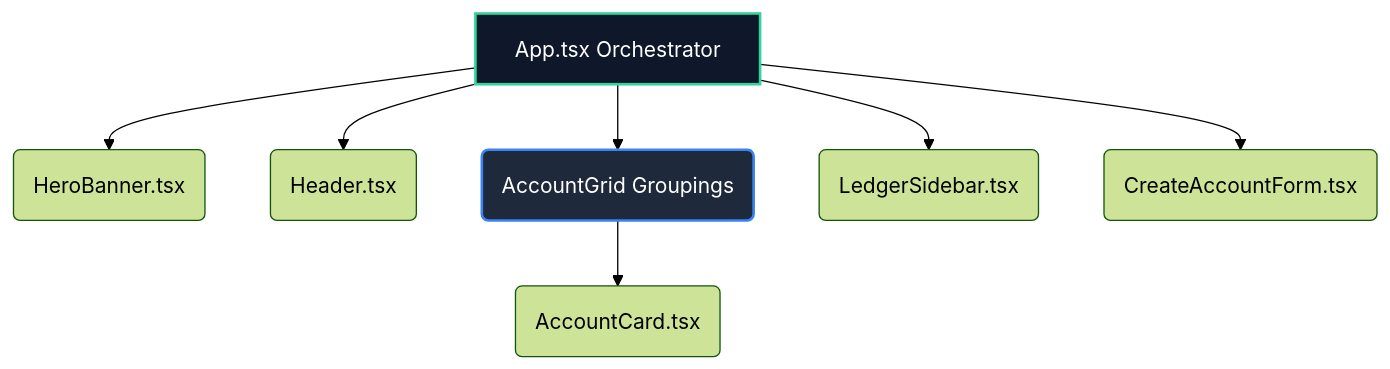
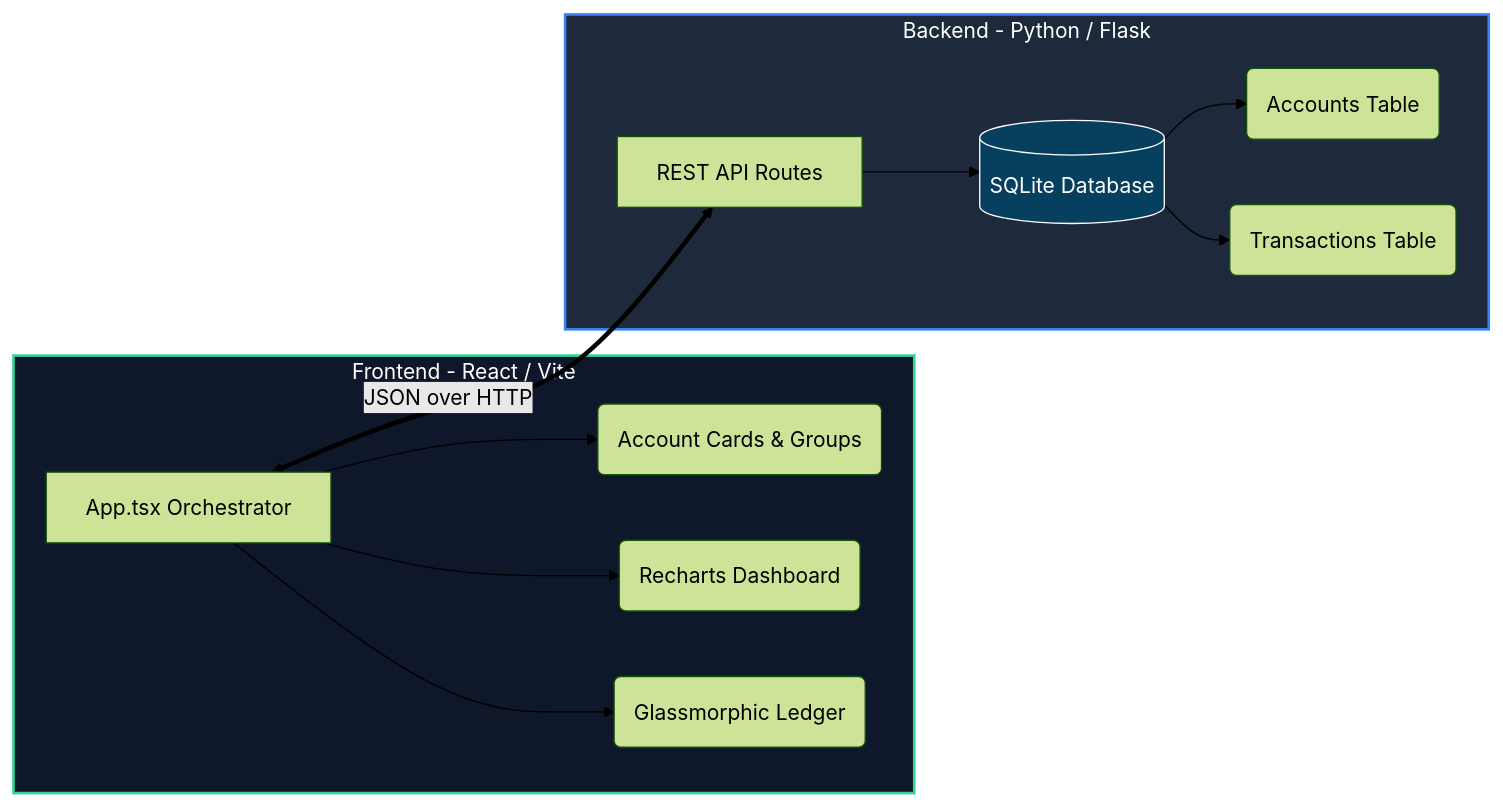
One commit to lakshgupta8/finance-tracker changed the diagram in README.md. Above: the diagram before and after it, drawn with Mermaid (forest theme). The commit also changed other lines of this file and 1 other file, not shown here.

````diff
--- a/README.md
+++ b/README.md
@@ -54,12 +40,20 @@
 ```mermaid
-graph TD
-    A[App.tsx Orchestrator] --> B(HeroBanner.tsx)
-    A --> C(Header.tsx)
-    A --> D(AccountGrid Groupings)
-    D --> E(AccountCard.tsx)
-    A --> F(LedgerSidebar.tsx)
-    A --> G(CreateAccountForm.tsx)
+graph LR
+    subgraph Client [Frontend - React / Vite]
+        A[App.tsx Orchestrator] --> B(Account Cards & Groups)
+        A --> C(Recharts Dashboard)
+        A --> D(Glassmorphic Ledger)
+    end
 
-    style A fill:#0f172a,stroke:#34d399,stroke-width:2px,color:#fff
-    style D fill:#1e293b,stroke:#3b82f6,stroke-width:2px,color:#fff
+    subgraph Server [Backend - Python / Flask]
+        E[REST API Routes] --> F[(SQLite Database)]
+        F --> G(Accounts Table)
+        F --> H(Transactions Table)
+    end
+
+    A <== JSON over HTTP ==> E
+
+    style Client fill:#0f172a,stroke:#34d399,stroke-width:2px,color:#fff
+    style Server fill:#1e293b,stroke:#3b82f6,stroke-width:2px,color:#fff
+    style F fill:#07405e,stroke:#fff,stroke-width:1px,color:#fff
 ```
````
